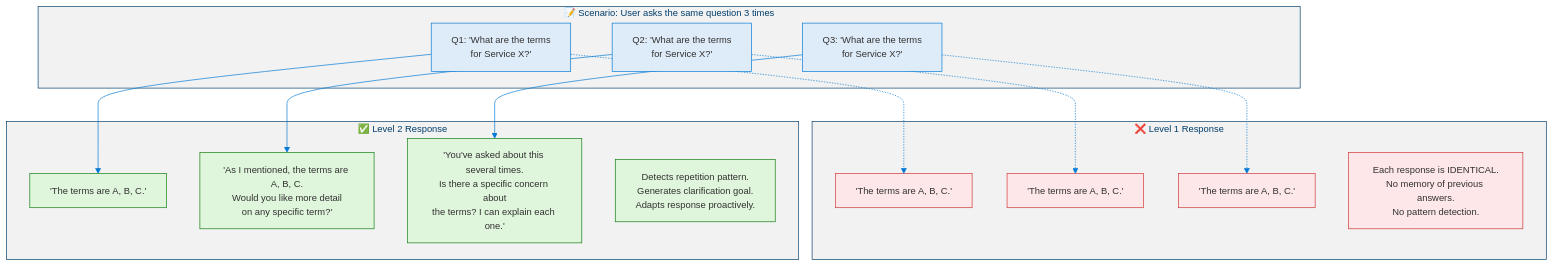
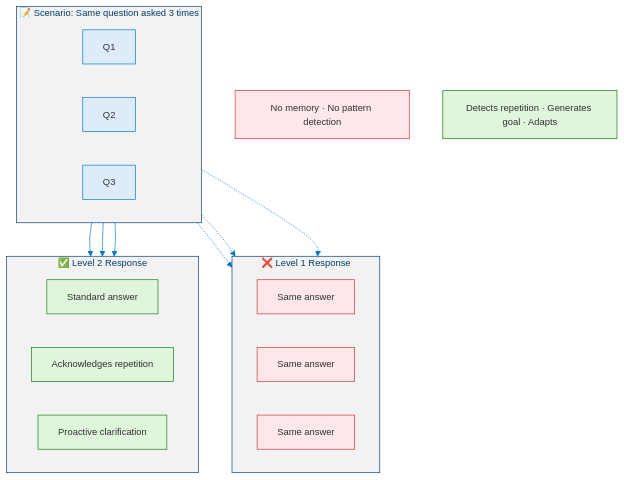
The sixth of 8 diagrams in docs/levels/Level_2_Autonomous_Agent.md (dotnetpower/mscp), drawn with Mermaid before and after one commit. The commit also changed other lines of this file and 10 other files, not shown here.

````diff
--- a/docs/levels/Level_2_Autonomous_Agent.md
+++ b/docs/levels/Level_2_Autonomous_Agent.md
@@ -548,35 +557,40 @@
 ```mermaid
 %%{init: {'theme': 'base', 'themeVariables': {'primaryColor': '#0078D4', 'primaryTextColor': '#003D6B', 'primaryBorderColor': '#003D6B', 'secondaryColor': '#50E6FF', 'secondaryTextColor': '#323130', 'secondaryBorderColor': '#00BCF2', 'tertiaryColor': '#F2F2F2', 'tertiaryTextColor': '#323130', 'lineColor': '#0078D4', 'textColor': '#323130', 'mainBkg': '#DEECF9', 'nodeBorder': '#0078D4', 'clusterBkg': '#F2F2F2', 'clusterBorder': '#003D6B', 'titleColor': '#003D6B', 'edgeLabelBackground': '#FFFFFF', 'fontSize': '14px'}}}%%
 flowchart TD
   classDef perceptionLight fill:#DEECF9,stroke:#0078D4,color:#323130
   classDef dangerLight fill:#FDE7E9,stroke:#D13438,color:#323130
   classDef successLight fill:#DFF6DD,stroke:#107C10,color:#323130
 
-  subgraph Scenario["📝 Scenario: User asks the same question 3 times"]
-    Q1["Q1: 'What are the terms<br/>for Service X?'"]:::perceptionLight
-    Q2["Q2: 'What are the terms<br/>for Service X?'"]:::perceptionLight
-    Q3["Q3: 'What are the terms<br/>for Service X?'"]:::perceptionLight
+  subgraph Scenario["📝 Scenario: Same question asked 3 times"]
+    direction LR
+    Q1["Q1"]:::perceptionLight
+    Q2["Q2"]:::perceptionLight
+    Q3["Q3"]:::perceptionLight
   end
 
   subgraph L1Response["❌ Level 1 Response"]
-    L1R1["'The terms are A, B, C.'"]:::dangerLight
-    L1R2["'The terms are A, B, C.'"]:::dangerLight
-    L1R3["'The terms are A, B, C.'"]:::dangerLight
-    L1Note["Each response is IDENTICAL.<br/>No memory of previous answers.<br/>No pattern detection."]:::dangerLight
+    direction LR
+    L1R1["Same answer"]:::dangerLight
+    L1R2["Same answer"]:::dangerLight
+    L1R3["Same answer"]:::dangerLight
   end
 
+  L1Note["No memory · No pattern detection"]:::dangerLight
+
   subgraph L2Response["✅ Level 2 Response"]
-    L2R1["'The terms are A, B, C.'"]:::successLight
-    L2R2["'As I mentioned, the terms are A, B, C.<br/>Would you like more detail<br/>on any specific term?'"]:::successLight
-    L2R3["'You've asked about this several times.<br/>Is there a specific concern about<br/>the terms? I can explain each one.'"]:::successLight
-    L2Note["Detects repetition pattern.<br/>Generates clarification goal.<br/>Adapts response proactively."]:::successLight
+    direction LR
+    L2R1["Standard answer"]:::successLight
+    L2R2["Acknowledges repetition"]:::successLight
+    L2R3["Proactive clarification"]:::successLight
   end
+
+  L2Note["Detects repetition · Generates goal · Adapts"]:::successLight
 
   Q1 -.-> L1R1
   Q2 -.-> L1R2
   Q3 -.-> L1R3
 
   Q1 --> L2R1
   Q2 --> L2R2
   Q3 --> L2R3
 ```
````
